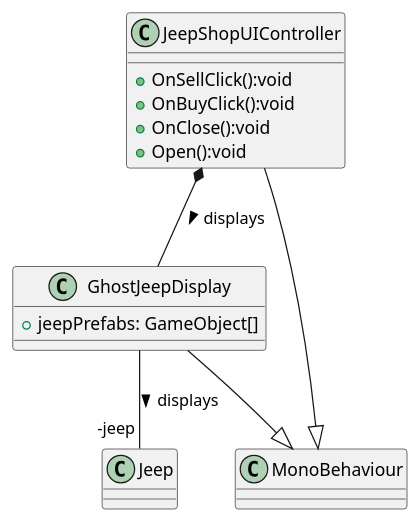
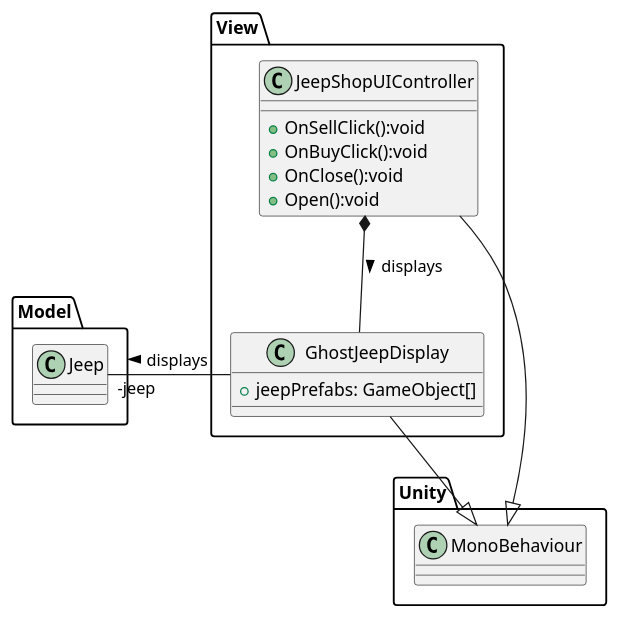
The diagram in view/jeep-shop-ui.wsd (Peter-Balint/SafariGame), drawn with PlantUML before and after one commit. The commit also changed 9 other files, not shown here.

Commit message:
added namespaces to smaller diagrams for connections

```diff
--- a/view/jeep-shop-ui.wsd
+++ b/view/jeep-shop-ui.wsd
@@ -1,17 +1,19 @@
 @startuml
+namespace View{
 class JeepShopUIController{
     +OnSellClick():void
     +OnBuyClick():void
     +OnClose():void
     +Open():void
 }
 
 class GhostJeepDisplay{
     +jeepPrefabs: GameObject[]
 }
-
+}
+Class Unity.MonoBehaviour{}
 JeepShopUIController --|> MonoBehaviour
 GhostJeepDisplay --|> MonoBehaviour
-GhostJeepDisplay -- "-jeep" Jeep: displays >
+GhostJeepDisplay -left- "-jeep" Model.Jeep: displays >
 JeepShopUIController *-- GhostJeepDisplay : displays >
 @enduml 
```
